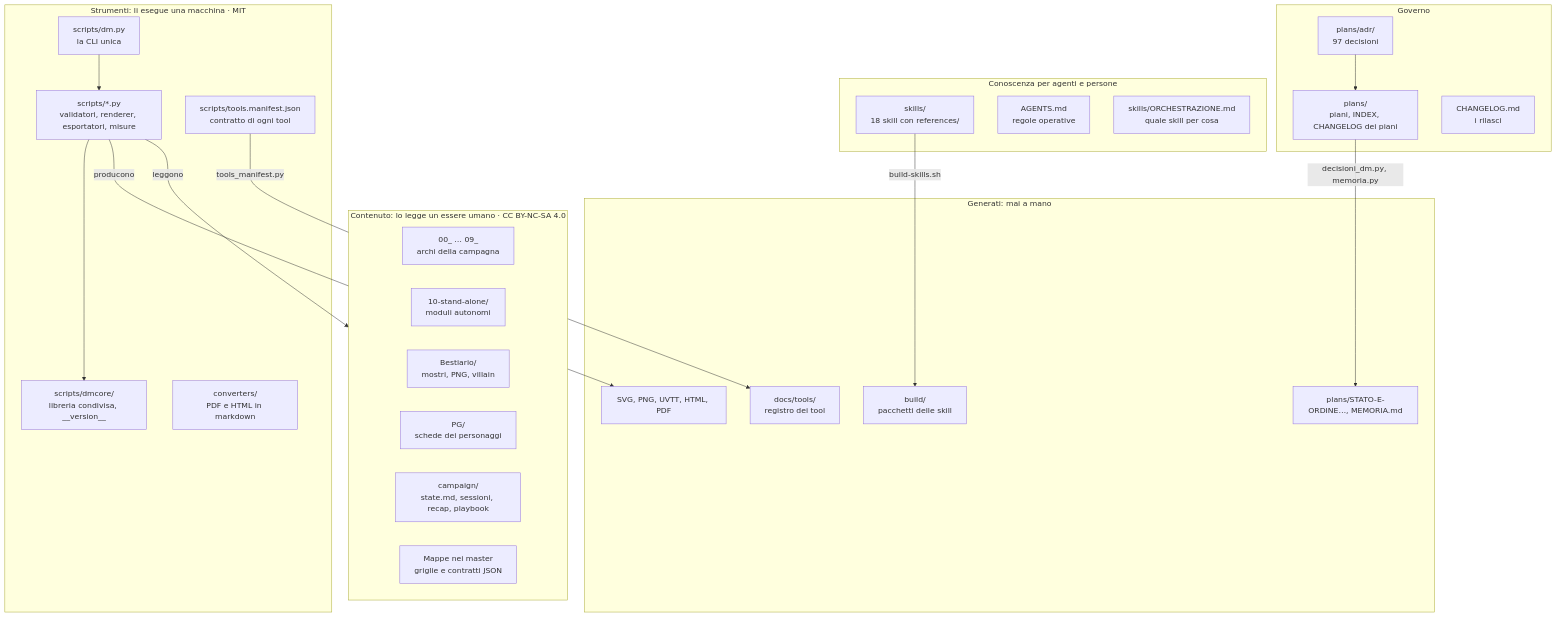
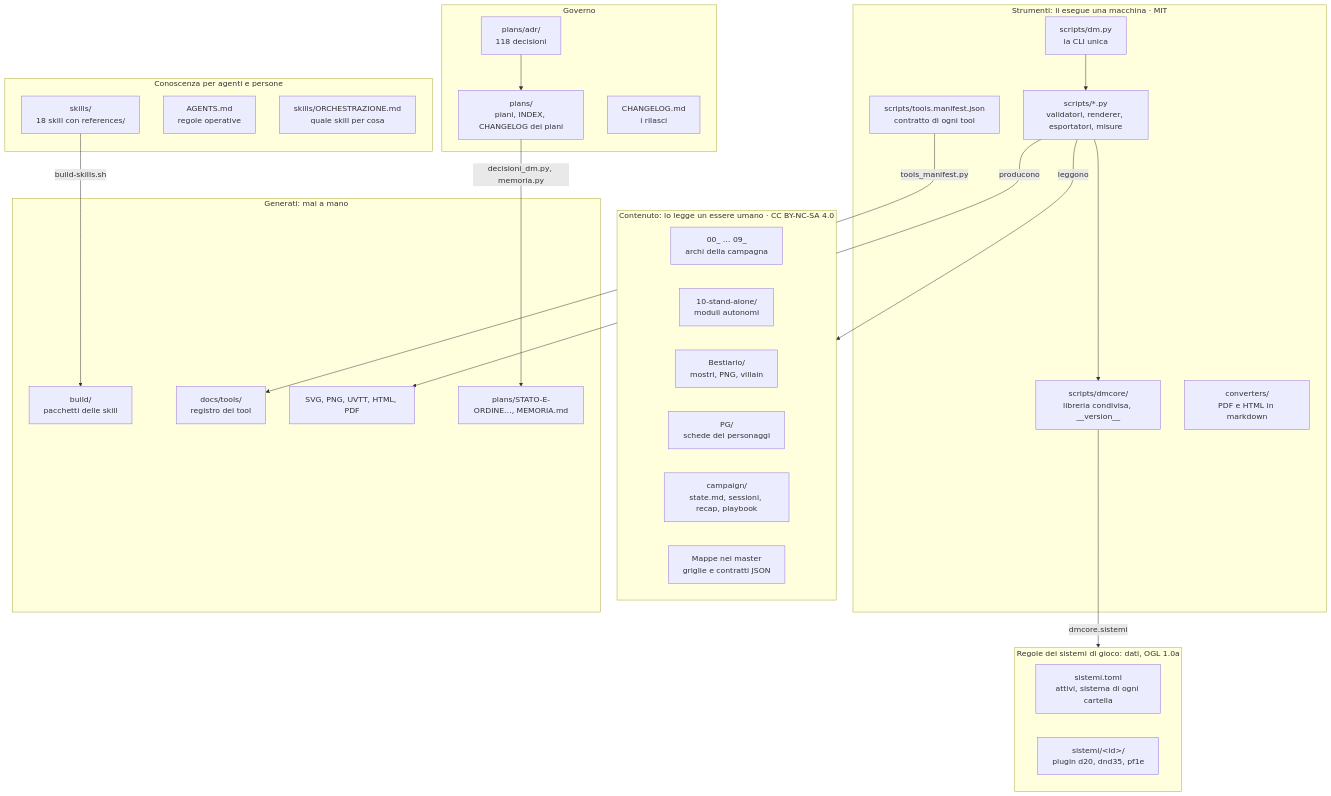
Before and after one commit to gsamuele78/RumblingStone: the second of 29 diagrams in docs/ARCHITETTURA.md, drawn with Mermaid. The commit also changed other lines of this file and 7 other files, not shown here.

First line of the commit message:
Documentazione della milestone v1.1.0: motore delle regole e plugin

````diff
--- a/docs/ARCHITETTURA.md
+++ b/docs/ARCHITETTURA.md
@@ -79,47 +83,53 @@
 ```mermaid
 flowchart TB
     subgraph CONT["Contenuto: lo legge un essere umano · CC BY-NC-SA 4.0"]
         ARC["00_ … 09_<br/>archi della campagna"]
         SA["10-stand-alone/<br/>moduli autonomi"]
         BES["Bestiario/<br/>mostri, PNG, villain"]
         PG["PG/<br/>schede dei personaggi"]
         CAMP["campaign/<br/>state.md, sessioni, recap, playbook"]
         MAP["Mappe nei master<br/>griglie e contratti JSON"]
     end
 
     subgraph KNOW["Conoscenza per agenti e persone"]
         SK["skills/<br/>18 skill con references/"]
         AGM["AGENTS.md<br/>regole operative"]
         ORC["skills/ORCHESTRAZIONE.md<br/>quale skill per cosa"]
     end
 
     subgraph TOOLS["Strumenti: li esegue una macchina · MIT"]
         DMPY["scripts/dm.py<br/>la CLI unica"]
         CORE["scripts/dmcore/<br/>libreria condivisa, __version__"]
         SCR["scripts/*.py<br/>validatori, renderer, esportatori, misure"]
         MAN["scripts/tools.manifest.json<br/>contratto di ogni tool"]
         CONV["converters/<br/>PDF e HTML in markdown"]
     end
 
+    subgraph SYS["Regole dei sistemi di gioco: dati, OGL 1.0a"]
+        STOML["sistemi.toml<br/>attivi, sistema di ogni cartella"]
+        PLUG["sistemi/&lt;id&gt;/<br/>plugin d20, dnd35, pf1e"]
+    end
+
     subgraph GOV["Governo"]
         PLANS["plans/<br/>piani, INDEX, CHANGELOG dei piani"]
-        ADR["plans/adr/<br/>97 decisioni"]
+        ADR["plans/adr/<br/>118 decisioni"]
         CHG["CHANGELOG.md<br/>i rilasci"]
     end
 
     subgraph GEN["Generati: mai a mano"]
         BUILD["build/<br/>pacchetti delle skill"]
         DOCS["docs/tools/<br/>registro dei tool"]
         OUT["SVG, PNG, UVTT, HTML, PDF"]
         STATO["plans/STATO-E-ORDINE…, MEMORIA.md"]
     end
 
     DMPY --> SCR
     SCR --> CORE
+    CORE -->|"dmcore.sistemi"| SYS
     MAN -->|"tools_manifest.py"| DOCS
     SK -->|"build-skills.sh"| BUILD
     SCR -->|"leggono"| CONT
     SCR -->|"producono"| OUT
     PLANS -->|"decisioni_dm.py, memoria.py"| STATO
     ADR --> PLANS
 ```
````
